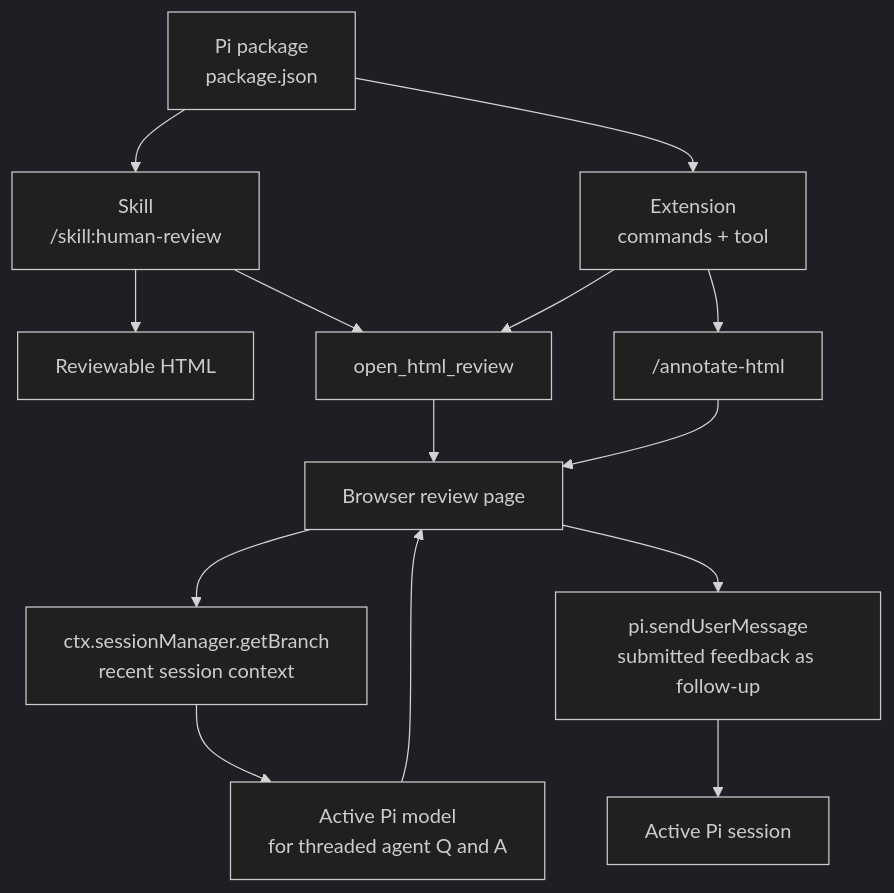
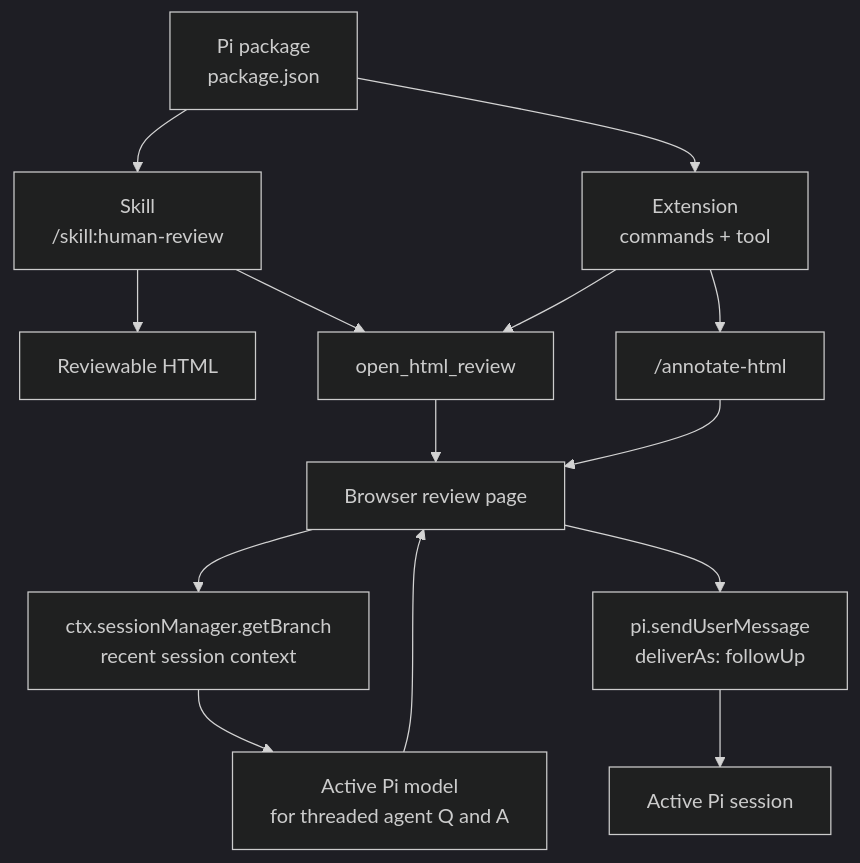
The diagram in README.md (alpeshvas/pi-interactive-plan-review), drawn with Mermaid (dark theme) before and after one commit.

````diff
--- a/README.md
+++ b/README.md
@@ -81,20 +81,20 @@
 ```mermaid
 flowchart TD
   P["Pi package<br/>package.json"] --> S["Skill<br/>/skill:human-review"]
   P --> E["Extension<br/>commands + tool"]
 
   S --> H["Reviewable HTML"]
   S --> T["open_html_review"]
   E --> T
   E --> C["/annotate-html"]
 
   T --> B["Browser review page"]
   C --> B
 
   B --> BR["ctx.sessionManager.getBranch<br/>recent session context"]
   BR --> M["Active Pi model<br/>for threaded agent Q and A"]
   M --> B
 
-  B --> F["pi.sendUserMessage<br/>submitted feedback as follow-up"]
+  B --> F["pi.sendUserMessage<br/>deliverAs: followUp"]
   F --> PI["Active Pi session"]
 ```
````
